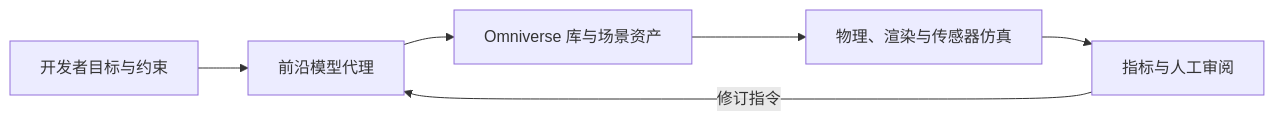
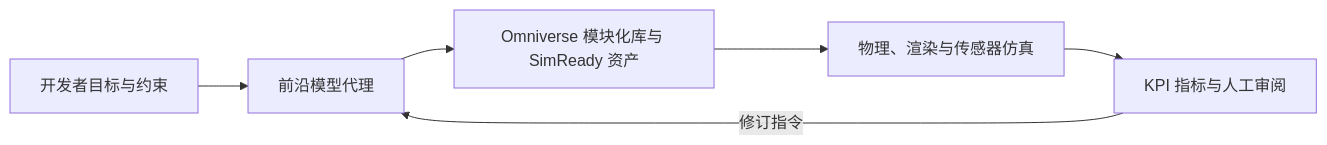
One commit to ImChong/Robotics_Notebooks changed the second of 2 diagrams in wiki/entities/nvidia-omniverse.md. Above: the diagram before and after it, drawn with Mermaid. The commit also changed other lines of this file and 41 other files, not shown here.

Commit message:
[2026-11-28] ingest | roadmap/depth-robot-modeling-digital-twin.md — 补齐 20 个纵深节点一手通读与阅读骨架，全路线达成 3/3 满分健康度

````diff
--- a/wiki/entities/nvidia-omniverse.md
+++ b/wiki/entities/nvidia-omniverse.md
@@ -64,8 +92,8 @@
 ```mermaid
 flowchart LR
   intent["开发者目标与约束"] --> agent["前沿模型代理"]
-  agent --> tools["Omniverse 库与场景资产"]
+  agent --> tools["Omniverse 模块化库与 SimReady 资产"]
   tools --> sim["物理、渲染与传感器仿真"]
-  sim --> review["指标与人工审阅"]
+  sim --> review["KPI 指标与人工审阅"]
   review -->|"修订指令"| agent
 ```
````
